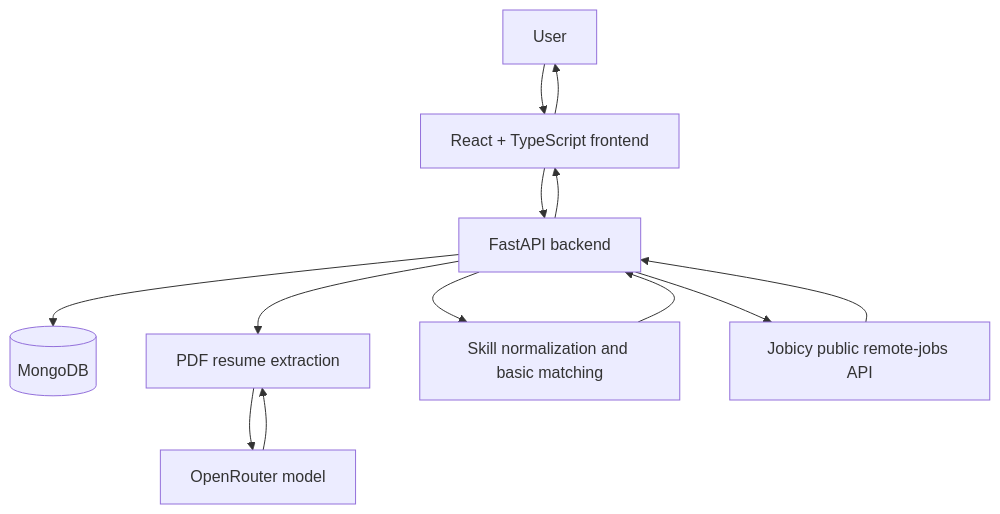
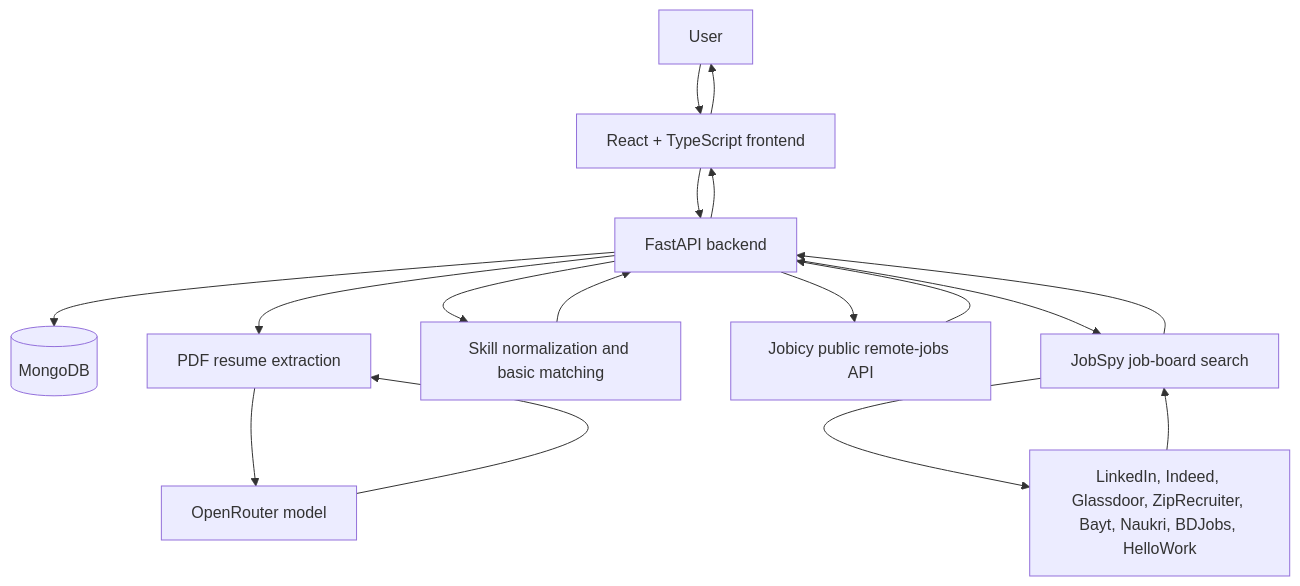
One commit to musahibpasha/careerpilot-ai changed the diagram in README.md. Above: the diagram before and after it, drawn with Mermaid. The commit also changed other lines of this file and 7 other files, not shown here.

Commit message:
job search accross multiple platforms like linkedin,indeed,glasdoor is working,only automation is needed all other features are working

````diff
--- a/README.md
+++ b/README.md
@@ -113,15 +113,19 @@
 ```mermaid
 flowchart TD
     U[User] --> FE[React + TypeScript frontend]
     FE --> API[FastAPI backend]
     API --> DB[(MongoDB)]
     API --> RES[PDF resume extraction]
     RES --> AI[OpenRouter model]
     AI --> RES
     API --> MATCH[Skill normalization and basic matching]
     API --> JOBICY[Jobicy public remote-jobs API]
+    API --> JOBSPY[JobSpy job-board search]
+    JOBSPY --> BOARDS[LinkedIn, Indeed, Glassdoor, ZipRecruiter, Bayt, Naukri, BDJobs, HelloWork]
+    BOARDS --> JOBSPY
+    JOBSPY --> API
     JOBICY --> API
     MATCH --> API
     API --> FE
     FE --> U
 ```
````
